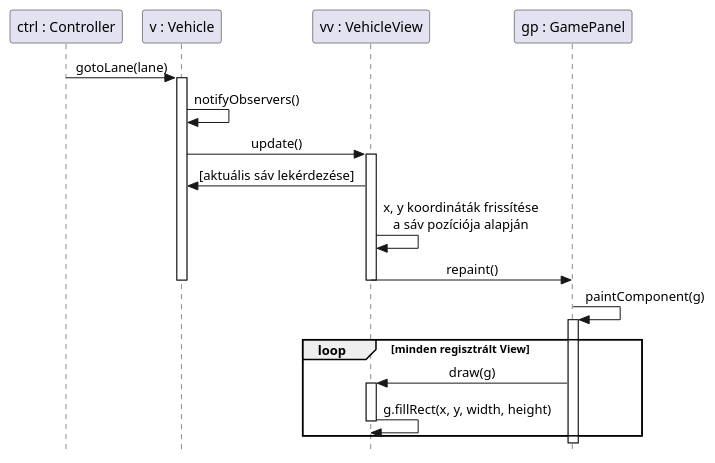
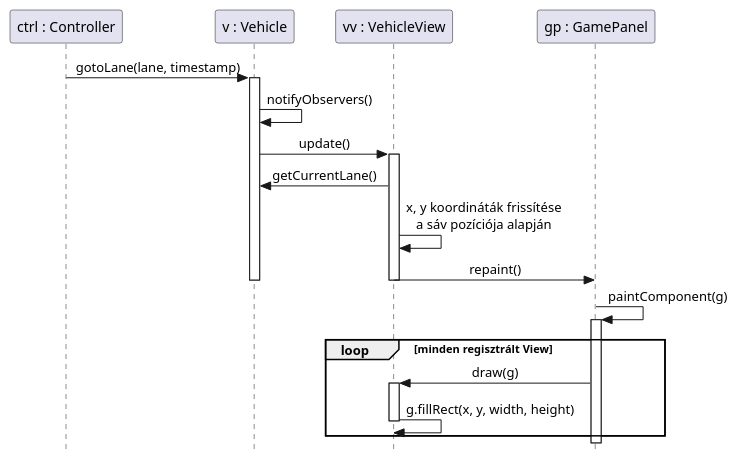
Before and after one commit to toth-andor/UneNotteANapoli: the diagram in docs/11/diagrams/sequence/03.puml, drawn with PlantUML. The commit also changed 3 other files, not shown here.

```diff
--- a/docs/11/diagrams/sequence/03.puml
+++ b/docs/11/diagrams/sequence/03.puml
@@ -1,31 +1,31 @@
 @startuml
 ' SD-UI-03: Jármű sávváltása – VehicleView frissítése
 skinparam style strictuml
 skinparam sequenceMessageAlign center
 
 participant "ctrl : Controller" as Ctrl
 participant "v : Vehicle" as V
 participant "vv : VehicleView" as VV
 participant "gp : GamePanel" as GP
 
-Ctrl -> V : gotoLane(lane)
+Ctrl -> V : gotoLane(lane, timestamp)
 activate V
     V -> V : notifyObservers()
     V -> VV : update()
     activate VV
-        VV -> V : [aktuális sáv lekérdezése]
+        VV -> V : getCurrentLane()
         VV -> VV : x, y koordináták frissítése\na sáv pozíciója alapján
         VV -> GP : repaint()
     deactivate VV
 deactivate V
 
 GP -> GP : paintComponent(g)
 activate GP
     loop minden regisztrált View
         GP -> VV : draw(g)
         activate VV
             VV -> VV : g.fillRect(x, y, width, height)
         deactivate VV
     end
 deactivate GP
 @enduml
```
